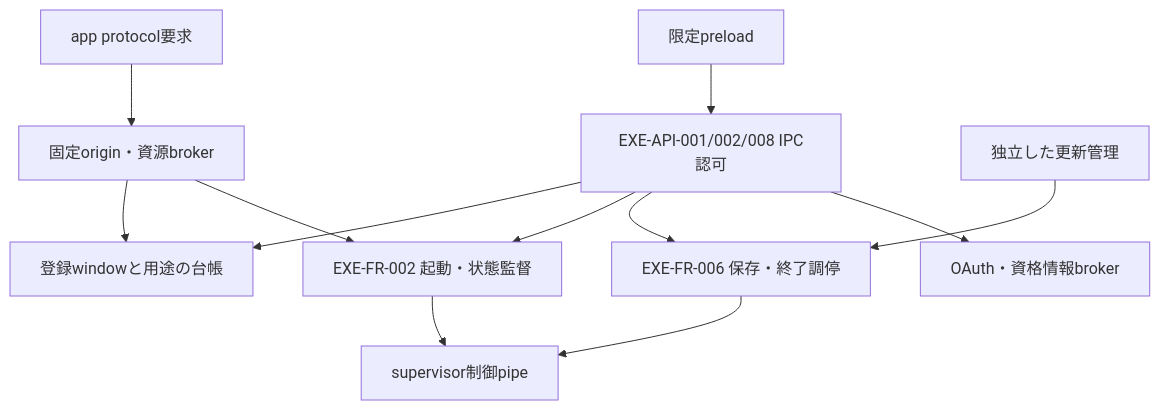
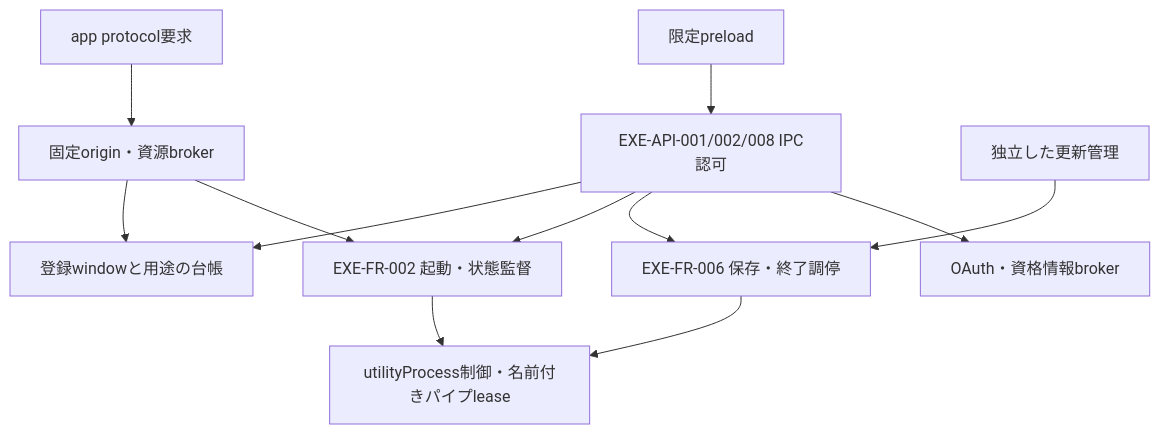
One commit to itiwoja/DC-Designer changed the second of 6 diagrams in docs/desktop-release-runtime.md. Above: the diagram before and after it, drawn with Mermaid. The commit also changed other lines of this file and 1 other file, not shown here.

````diff
--- a/docs/desktop-release-runtime.md
+++ b/docs/desktop-release-runtime.md
@@ -63,14 +64,14 @@
 ```mermaid
 flowchart TB
   P[限定preload] --> I[EXE-API-001/002/008 IPC認可]
   R[app protocol要求] --> B[固定origin・資源broker]
   I --> W[登録windowと用途の台帳]
   B --> W
   I --> L[EXE-FR-002 起動・状態監督]
   B --> L
   I --> Q[EXE-FR-006 保存・終了調停]
-  L --> S[supervisor制御pipe]
+  L --> S[utilityProcess制御・名前付きパイプlease]
   Q --> S
   I --> O[OAuth・資格情報broker]
   U[独立した更新管理] --> Q
 ```
````
